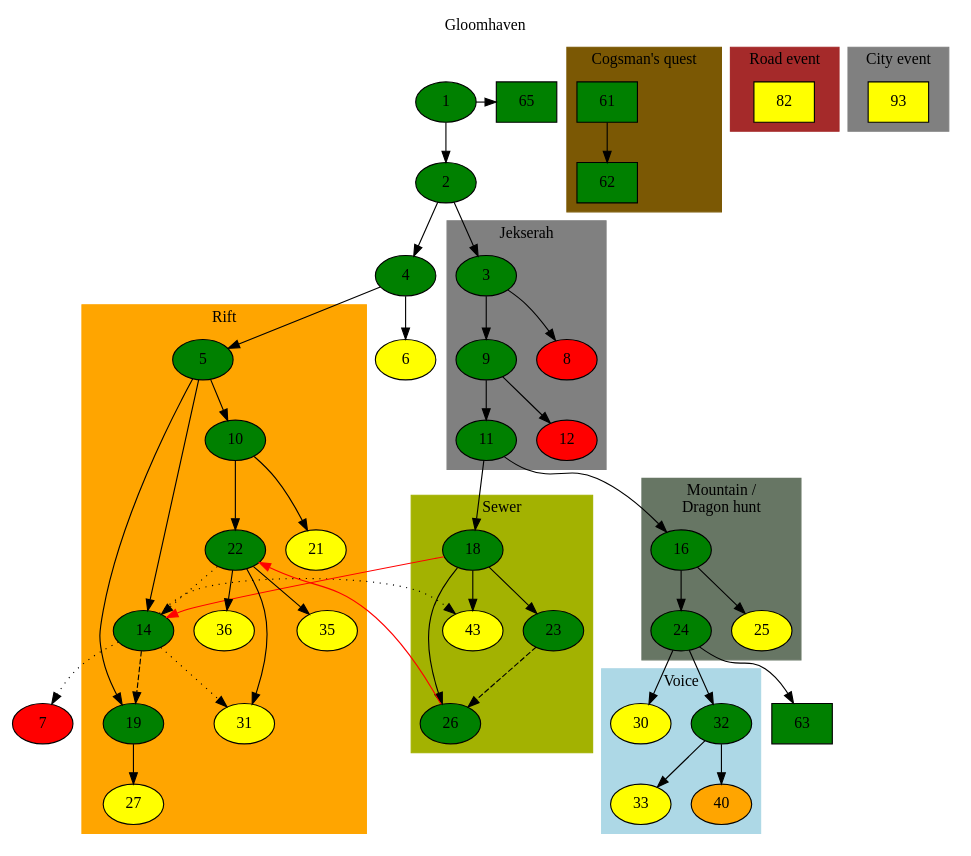
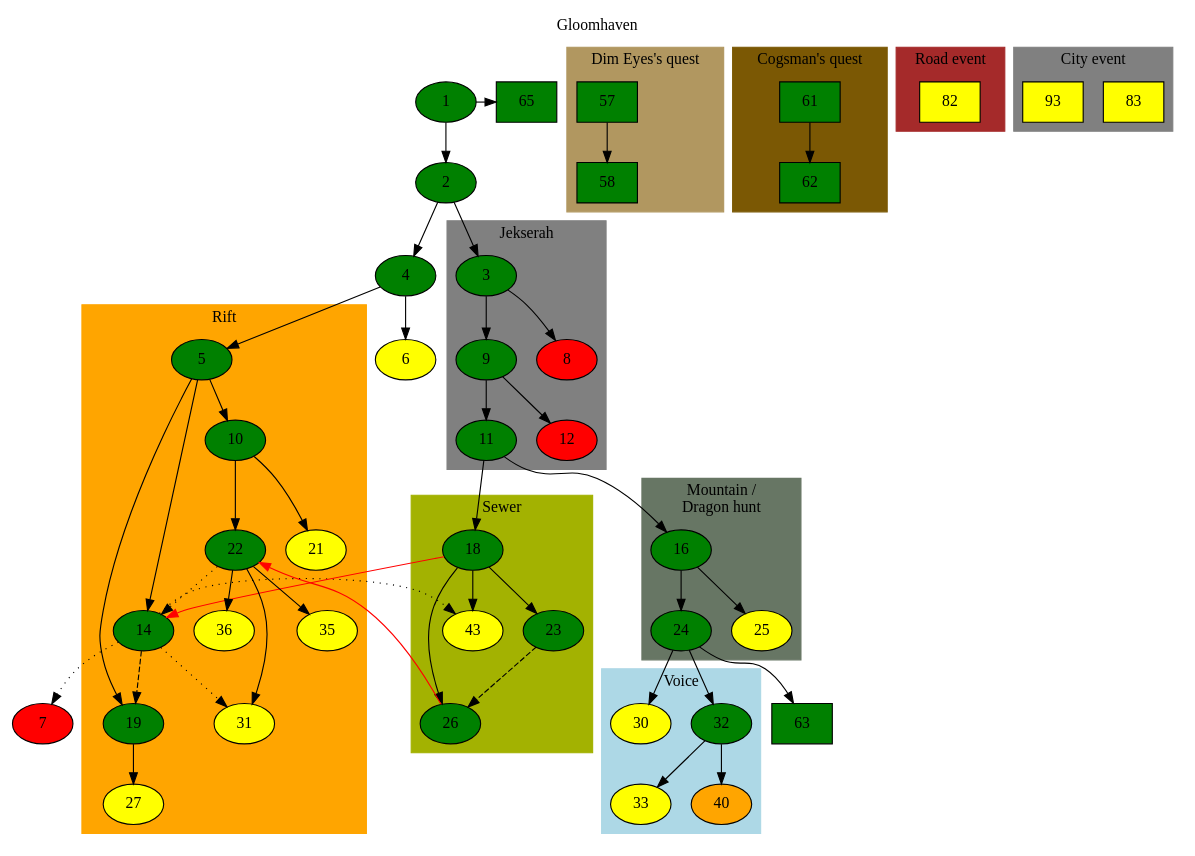
Before and after one commit to PickledChris/gloomhaven-scenario-tracking: the diagram in scenarios.dot, drawn with Graphviz. The commit also changed 1 other file, not shown here.

```diff
--- a/scenarios.dot
+++ b/scenarios.dot
@@ -1,116 +1,124 @@
 digraph world {
 	label="Gloomhaven";
 	labelloc="top";
 
 	# Normal, completed
 	1,2,3,4,5,9,10,11,14,16,18,19,22,23,24,26,32 [style=filled fillcolor="green"];
 	# Normal, incomplete
 	6,21,25,27,30,31,33,35,36,43 [style=filled fillcolor="yellow"];
 	# Normal, incomplete, requirements not met
 	40 [style=filled fillcolor="orange"];
 	# Normal, uncompletable
 	7,8,12 [style=filled fillcolor="red"];
 
 	# Side, completed
 	## Personal quest
-	61,62 [style=filled fillcolor="green" shape=box]; 
+	57,58,61,62 [style=filled fillcolor="green" shape=box]; 
 	## Random reward
 	63,65 [style=filled fillcolor="green" shape=box]; 
 	{rank=same; 1 65;}
 
 	# Side, incomplete
-	# Road
-	82,93 [style=filled fillcolor="yellow" shape=box]; 
+	# Road/City
+	82,83,93 [style=filled fillcolor="yellow" shape=box]; 
 
 	1 -> 2;
 	1 -> 65;
 
 	2 -> 3;
 	2 -> 4;
 	4 -> 5;
 	4 -> 6;
 	14 -> 7 [style="dotted"]; # Reference
 	14 -> 31 [style="dotted"]; # Reference
 	14 -> 43 [style="dotted"]; # Reference
 	11 -> 16;
 	11 -> 18;
 	18 -> 14 [color="red"];
 	26 -> 22 [color="red"];
 	23 -> 26 [style="dashed"]; # Unlocked 
 	24 -> 63;
+
 
 	subgraph cluster_0 {
 		label = "Jekserah";
 		style = "filled";
 		color = "grey";
 		3 -> 8;
 		3 -> 9;
 		9 -> 11;
 		9 -> 12;
 	}
 
 	subgraph cluster_1 {
 		label = "Rift";
 		style = "filled";
 		color = "orange";
 		5 -> 10;
 		5 -> 14;
 		5 -> 19;
 		14 -> 19 [style="dashed"]; # Unlocks
 		19 -> 27;
 		10 -> 21;
 		10 -> 22;
 		22 -> 14 [style="dotted"]; # Reference
 		22 -> 31;
 		22 -> 35;
 		22 -> 36;
 	}
 
 	subgraph cluster_2 {
 		label = "Mountain / \n Dragon hunt";
 		style = "filled";
 		color = "#677664";
 		16 -> 24;
 		16 -> 25;
 	}
 
 	subgraph cluster_3 {
 		label = "Voice";
 		style = "filled";
 		color = "lightblue";
 		24 -> 32;
 		24 -> 30;
 		32 -> 33;
 		32 -> 40;
 	}
 
 	subgraph cluster_4 {
 		label = "Sewer";
 		style = "filled";
 		color = "#a3b201";
 		18 -> 23;
 		18 -> 26;
 		18 -> 43;
 	}
 
 	subgraph cluster_10 {
 		label = "Cogsman's quest";
 		style = "filled";
 		color = "#7b5804";
 		61 -> 62;
 	}
 
+	subgraph cluster_11 {
+		label = "Dim Eyes's quest";
+		style = "filled";
+		color = "#b19760";
+		57-> 58;
+	}
+
 	subgraph cluster_20 {
 		label = "City event";
 		style = "filled";
 		color = "grey";
-		93;
+		83,93;
 	}
 
 	subgraph cluster_21 {
 		label = "Road event";
 		style = "filled";
 		color = "brown";
 		82;
 	}
 }
```
